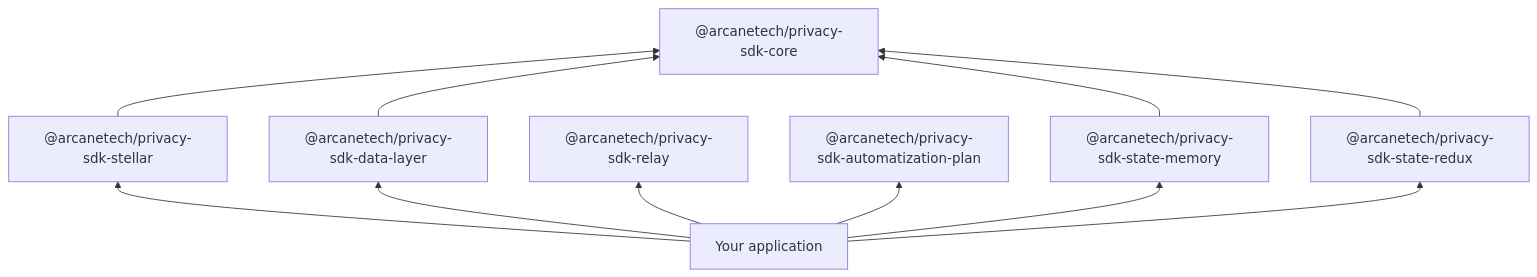
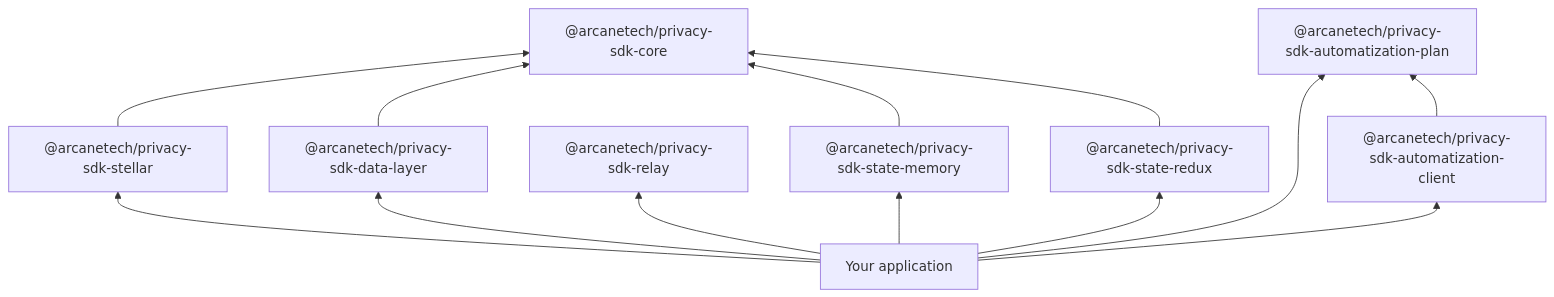
Before and after one commit to arcanetechhq/privacy-layer-confidential-sdk: the first of 2 diagrams in docs/overview/packages.mdx, drawn with Mermaid. The commit also changed other lines of this file and 14 other files, not shown here.

Commit message:
feat: show Plan progress a client can read without a chain query

````diff
--- a/docs/overview/packages.mdx
+++ b/docs/overview/packages.mdx
@@ -18,22 +18,25 @@
 ```mermaid
 flowchart BT
   App[Your application]
   Stellar["@arcanetech/privacy-sdk-stellar"]
   DataLayer["@arcanetech/privacy-sdk-data-layer"]
   Relay["@arcanetech/privacy-sdk-relay"]
   Plan["@arcanetech/privacy-sdk-automatization-plan"]
+  Client["@arcanetech/privacy-sdk-automatization-client"]
   Core["@arcanetech/privacy-sdk-core"]
   Memory["@arcanetech/privacy-sdk-state-memory"]
   Redux["@arcanetech/privacy-sdk-state-redux"]
 
   App --> Stellar
   App --> DataLayer
   App --> Relay
   App --> Plan
+  App --> Client
+  Client --> Plan
   App --> Memory
   App --> Redux
   Stellar --> Core
   DataLayer --> Core
   Memory --> Core
   Redux --> Core
 ```
````
